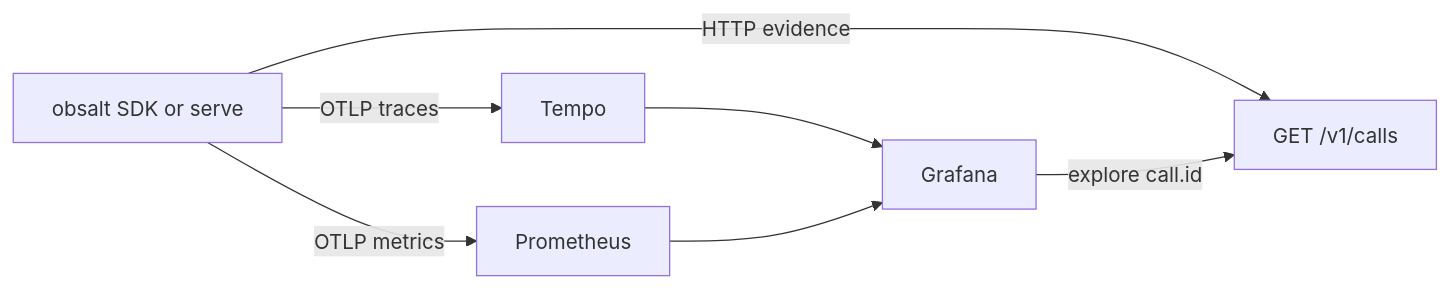
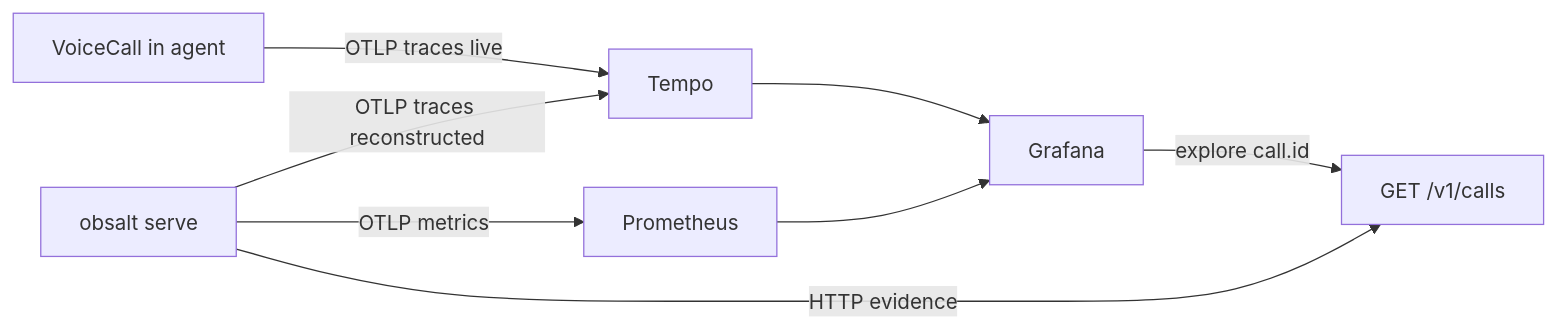
Before and after one commit to obsalt/obsalt-legacy: the diagram in docs/grafana.md, drawn with Mermaid. The commit also changed other lines of this file and 50 other files, not shown here.

First line of the commit message:
Separate hosted vs Pipecat paths and unify the custom-agent SDK

````diff
--- a/docs/grafana.md
+++ b/docs/grafana.md
@@ -22,10 +22,12 @@
 ```mermaid
 flowchart LR
-  obsalt[obsalt SDK or serve]
-  obsalt -->|"OTLP traces"| Tempo
-  obsalt -->|"OTLP metrics"| Prom[Prometheus]
-  obsalt -->|"HTTP evidence"| API["GET /v1/calls"]
+  pathB[VoiceCall in agent]
+  pathA[obsalt serve]
+  pathB -->|"OTLP traces live"| Tempo
+  pathA -->|"OTLP traces reconstructed"| Tempo
+  pathA -->|"OTLP metrics"| Prom[Prometheus]
+  pathA -->|"HTTP evidence"| API["GET /v1/calls"]
   Tempo --> Grafana
   Prom --> Grafana
   Grafana -->|"explore call.id"| API
 ```
````
